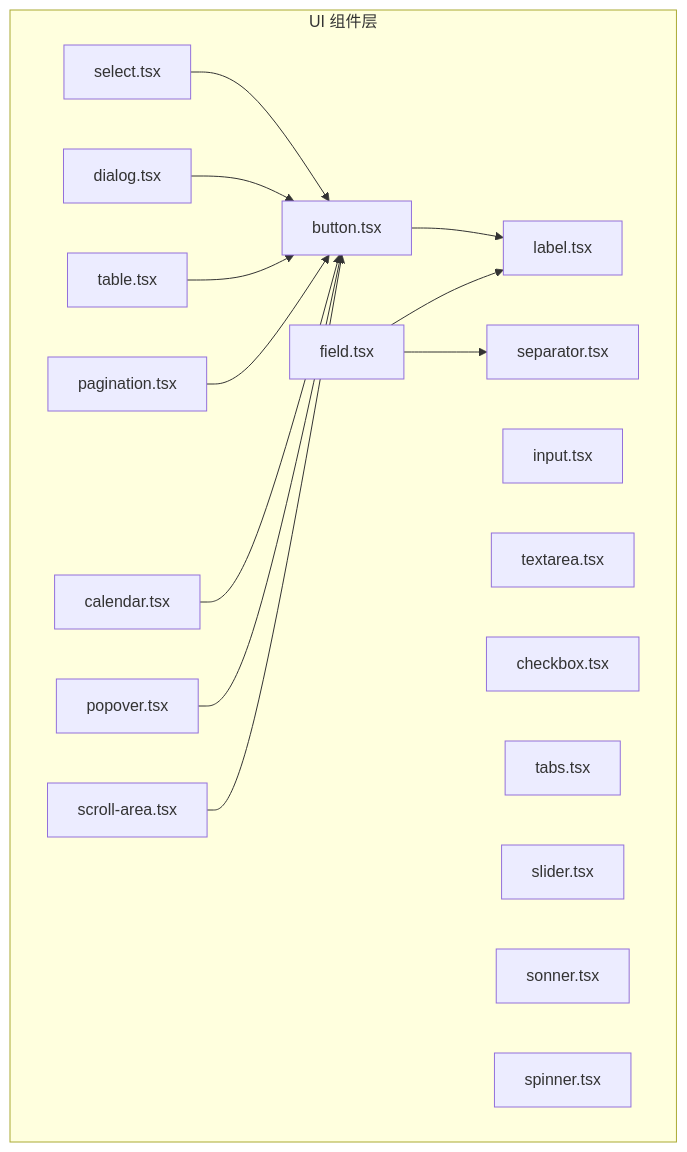
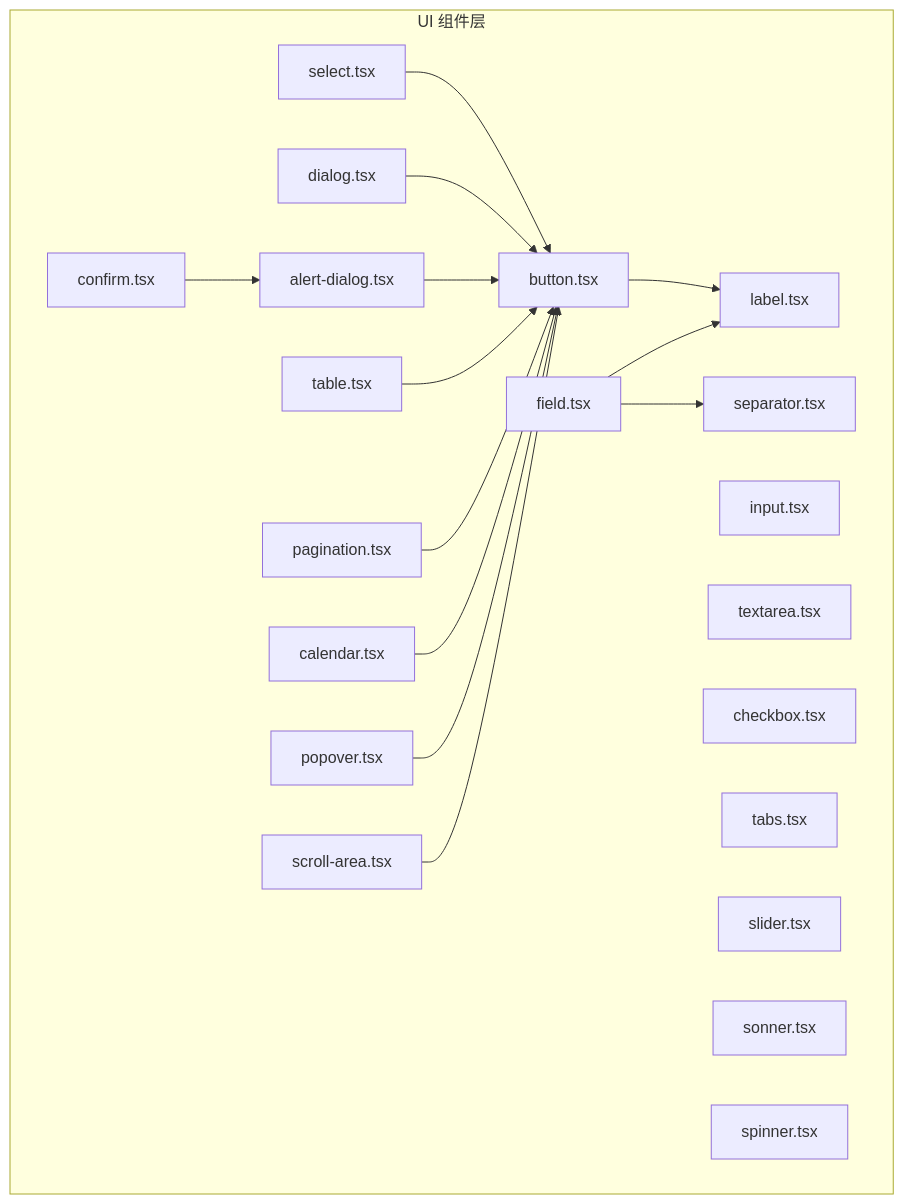
Before and after one commit to RadiumAg/AIGate: the first of 3 diagrams in .qoder/repowiki/zh/content/前端组件/UI 组件库.md, drawn with Mermaid. The commit also changed other lines of this file and 3 other files, not shown here.

````diff
--- a/.qoder/repowiki/zh/content/前端组件/UI 组件库.md
+++ b/.qoder/repowiki/zh/content/前端组件/UI 组件库.md
@@ -48,33 +52,37 @@
 ```mermaid
 graph TB
 subgraph "UI 组件层"
 BTN["button.tsx"]
 INP["input.tsx"]
 TXT["textarea.tsx"]
 CHK["checkbox.tsx"]
 SEL["select.tsx"]
 DLG["dialog.tsx"]
 TAB["tabs.tsx"]
 POP["popover.tsx"]
 SLI["slider.tsx"]
 SEP["separator.tsx"]
 SCR["scroll-area.tsx"]
 TBL["table.tsx"]
 PAG["pagination.tsx"]
 CAL["calendar.tsx"]
 LAB["label.tsx"]
 FLD["field.tsx"]
 SON["sonner.tsx"]
 SPI["spinner.tsx"]
+ALERT["alert-dialog.tsx"]
+CONFIRM["confirm.tsx"]
 end
 BTN --> LAB
 SEL --> BTN
 DLG --> BTN
+ALERT --> BTN
+CONFIRM --> ALERT
 TBL --> BTN
 PAG --> BTN
 CAL --> BTN
 FLD --> LAB
 FLD --> SEP
 POP --> BTN
 SCR --> BTN
 ```
````
